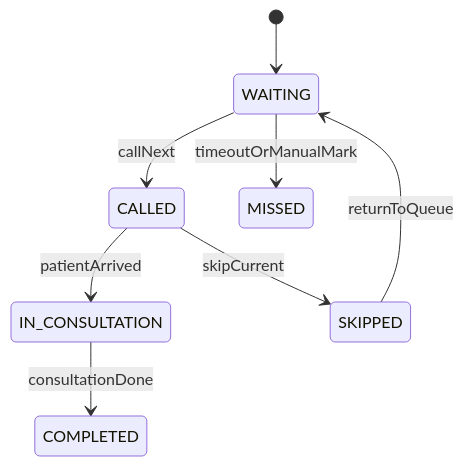
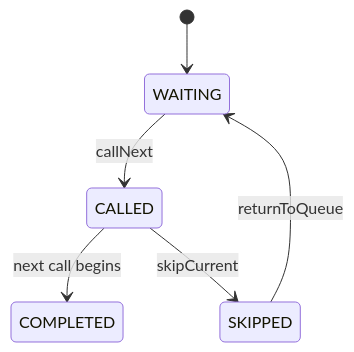
One commit to Humble-Geralt/MEDIQUEUE changed the second of 3 diagrams in docs/backend_api_architecture.md. Above: the diagram before and after it, drawn with Mermaid. The commit also changed other lines of this file and 54 other files, not shown here.

````diff
--- a/docs/backend_api_architecture.md
+++ b/docs/backend_api_architecture.md
@@ -231,10 +166,8 @@
 ```mermaid
 stateDiagram-v2
     [*] --> WAITING
     WAITING --> CALLED: callNext
-    CALLED --> IN_CONSULTATION: patientArrived
-    IN_CONSULTATION --> COMPLETED: consultationDone
+    CALLED --> COMPLETED: next call begins
     CALLED --> SKIPPED: skipCurrent
     SKIPPED --> WAITING: returnToQueue
-    WAITING --> MISSED: timeoutOrManualMark
 ```
````
